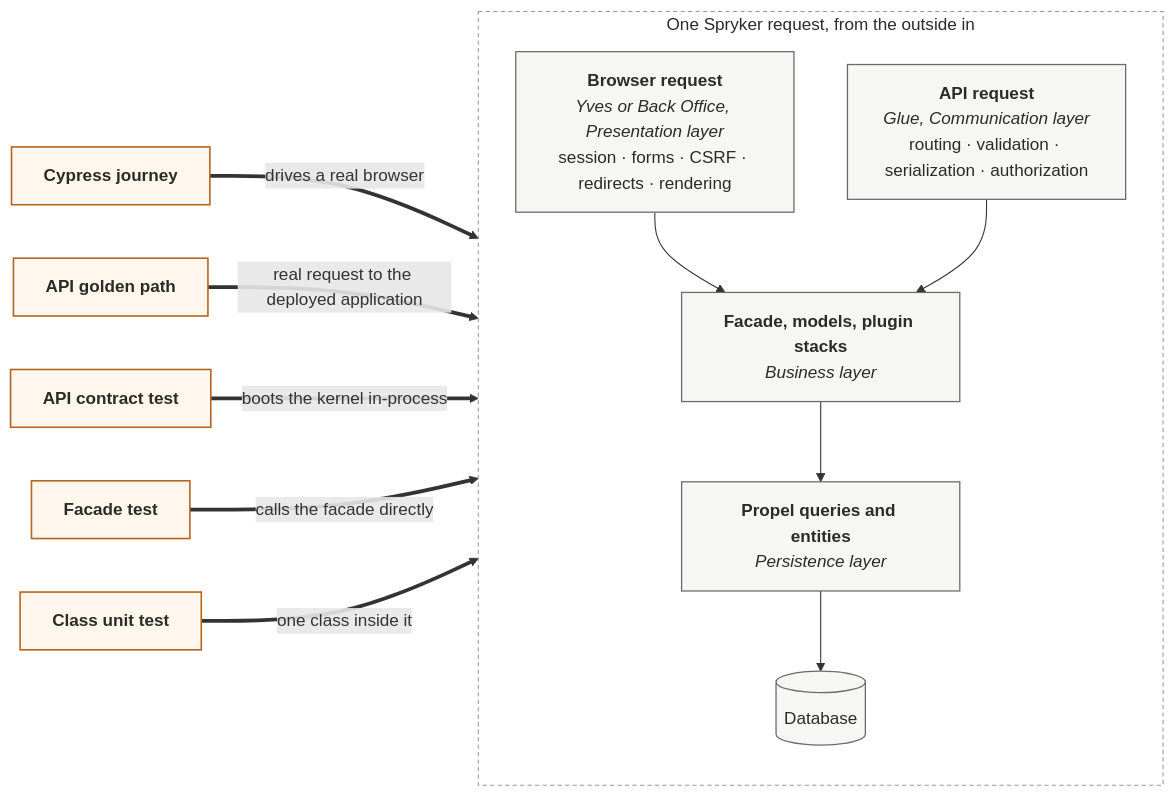
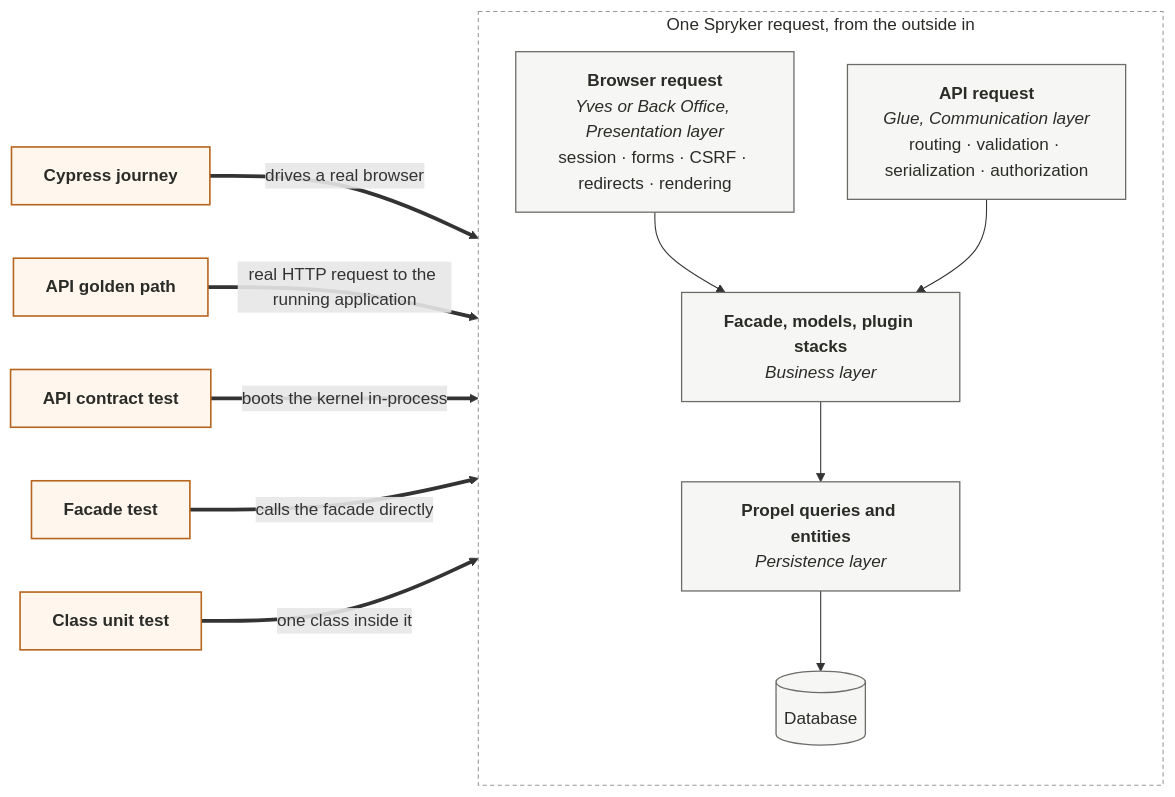
Before and after one commit to spryker/spryker-docs: the diagram in _includes/diagrams/testing/test-types-entry-points.mmd, drawn with Mermaid. The commit also changed 10 other files, not shown here.

```diff
--- a/_includes/diagrams/testing/test-types-entry-points.mmd
+++ b/_includes/diagrams/testing/test-types-entry-points.mmd
@@ -1,32 +1,32 @@
 %%{init: {"flowchart": {"htmlLabels": true, "curve": "basis"}} }%%
 flowchart LR
     CY["<b>Cypress journey</b>"]
     AG["<b>API golden path</b>"]
     AC["<b>API contract test</b>"]
     FA["<b>Facade test</b>"]
     UN["<b>Class unit test</b>"]
 
     subgraph STACK["One Spryker request, from the outside in"]
         direction TB
         BR["<b>Browser request</b><br/><i>Yves or Back Office, Presentation layer</i><br/>session · forms · CSRF · redirects · rendering"]
         GL["<b>API request</b><br/><i>Glue, Communication layer</i><br/>routing · validation · serialization · authorization"]
         BU["<b>Facade, models, plugin stacks</b><br/><i>Business layer</i>"]
         PE["<b>Propel queries and entities</b><br/><i>Persistence layer</i>"]
         DB[("Database")]
         BR --> BU
         GL --> BU
         BU --> PE
         PE --> DB
     end
 
     CY ==>|"drives a real browser"| BR
-    AG ==>|"real request to the deployed application"| GL
+    AG ==>|"real HTTP request to the running application"| GL
     AC ==>|"boots the kernel in-process"| GL
     FA ==>|"calls the facade directly"| BU
     UN ==>|"one class inside it"| BU
 
     classDef entry fill:#FFF6ED,stroke:#B5651D,stroke-width:1.5px,color:#2B2B28
     classDef layer fill:#F6F6F4,stroke:#6B6B68,stroke-width:1.2px,color:#2B2B28
     class CY,AG,AC,FA,UN entry
     class BR,GL,BU,PE,DB layer
     style STACK fill:#FFFFFF,stroke:#9A9A94,stroke-dasharray:4 3,color:#2B2B28
```
